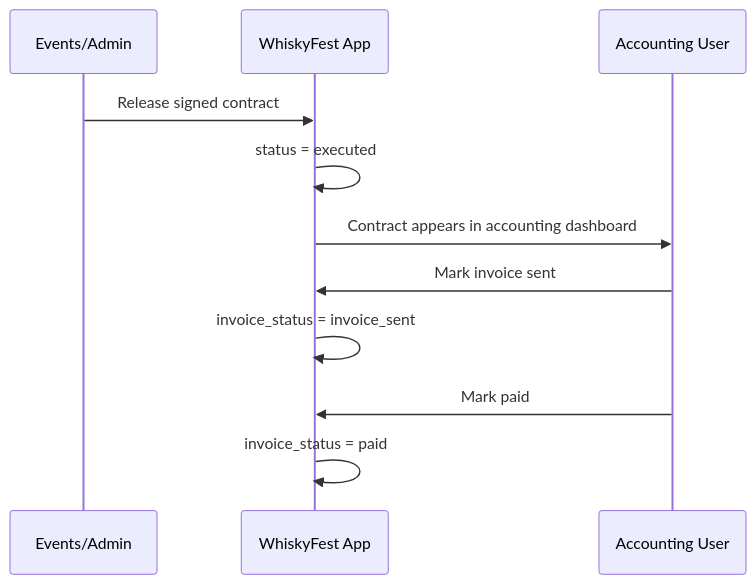
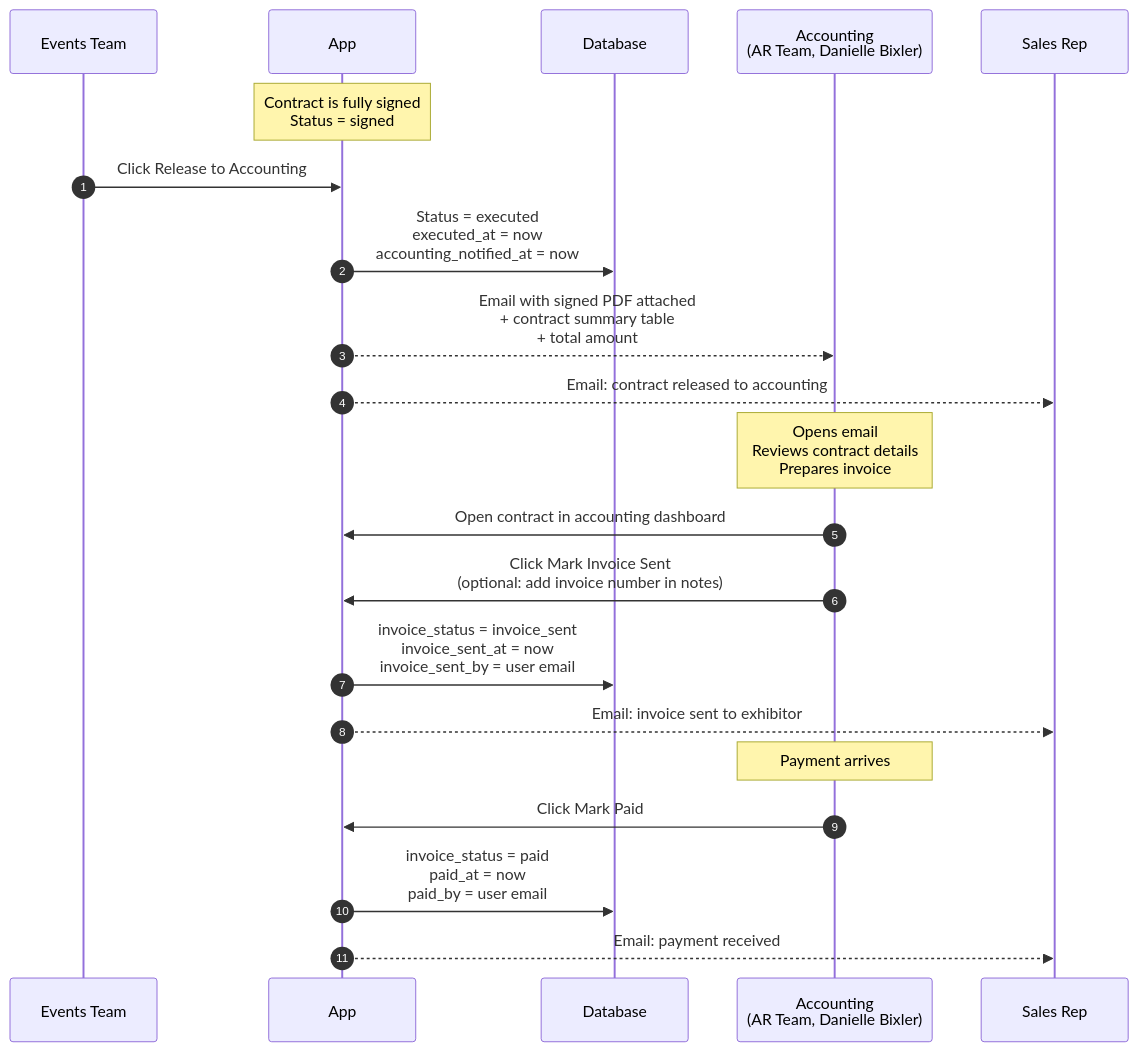
The fourth of 7 diagrams in docs/WORKFLOW.md (mcapace/whiskyfest-contracts), drawn with Mermaid before and after one commit. The commit also changed other lines of this file, not shown here.

First line of the commit message:
docs: Add contract workflow documentation with Mermaid diagrams

````diff
--- a/docs/WORKFLOW.md
+++ b/docs/WORKFLOW.md
@@ -81,14 +167,28 @@
 ```mermaid
 sequenceDiagram
-  participant EV as Events/Admin
-  participant APP as WhiskyFest App
-  participant AR as Accounting User
-
-  EV->>APP: Release signed contract
-  APP->>APP: status = executed
-  APP->>AR: Contract appears in accounting dashboard
-  AR->>APP: Mark invoice sent
-  APP->>APP: invoice_status = invoice_sent
-  AR->>APP: Mark paid
-  APP->>APP: invoice_status = paid
+    autonumber
+    participant Events as Events Team
+    participant App
+    participant DB as Database
+    participant Accounting as Accounting<br/>(AR Team, Danielle Bixler)
+    participant Rep as Sales Rep
+    
+    Note over App: Contract is fully signed<br/>Status = signed
+    
+    Events->>App: Click Release to Accounting
+    App->>DB: Status = executed<br/>executed_at = now<br/>accounting_notified_at = now
+    App-->>Accounting: Email with signed PDF attached<br/>+ contract summary table<br/>+ total amount
+    App-->>Rep: Email: contract released to accounting
+    
+    Note over Accounting: Opens email<br/>Reviews contract details<br/>Prepares invoice
+    
+    Accounting->>App: Open contract in accounting dashboard
+    Accounting->>App: Click Mark Invoice Sent<br/>(optional: add invoice number in notes)
+    App->>DB: invoice_status = invoice_sent<br/>invoice_sent_at = now<br/>invoice_sent_by = user email
+    App-->>Rep: Email: invoice sent to exhibitor
+    
+    Note over Accounting: Payment arrives
+    Accounting->>App: Click Mark Paid
+    App->>DB: invoice_status = paid<br/>paid_at = now<br/>paid_by = user email
+    App-->>Rep: Email: payment received
 ```
````
